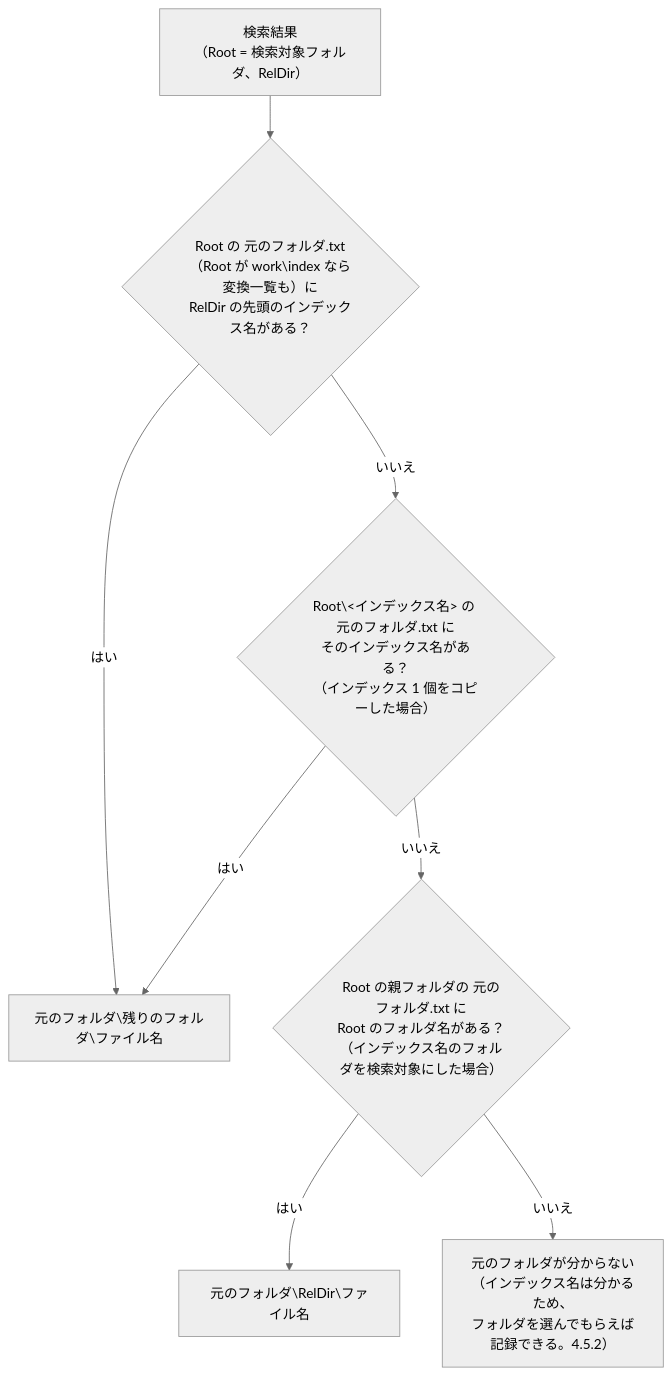
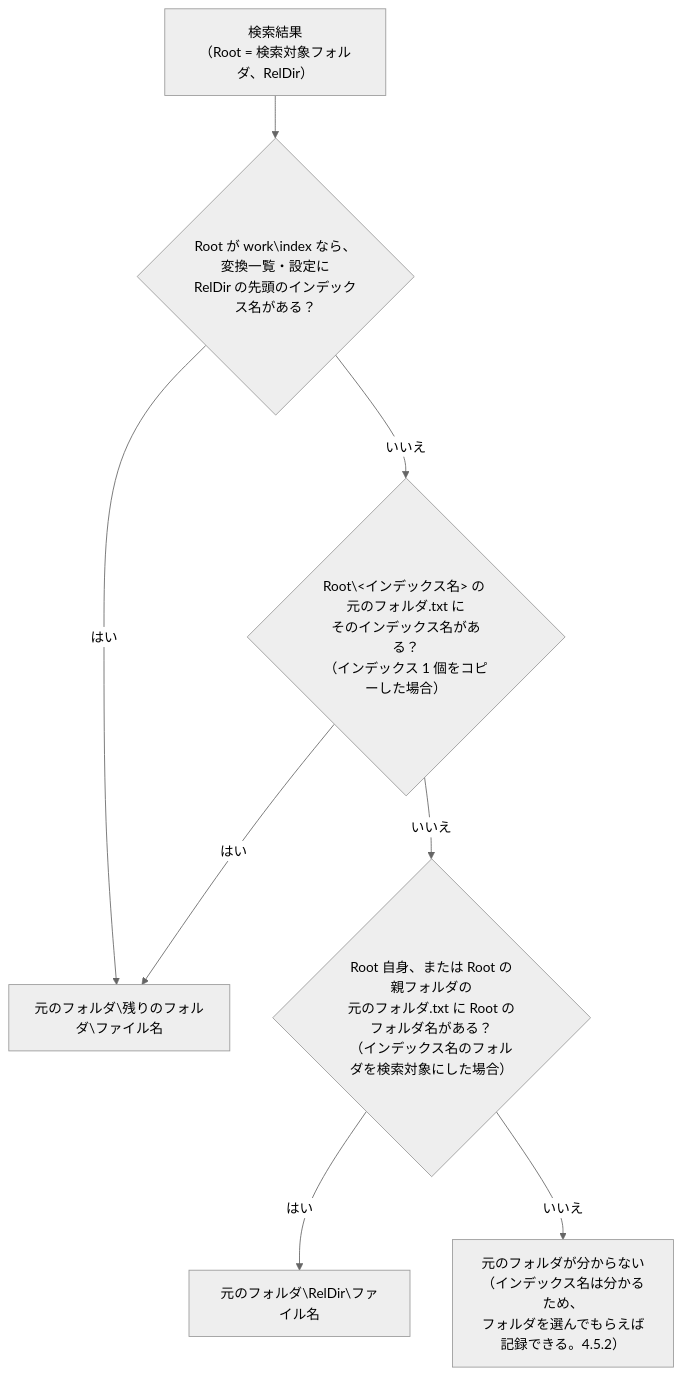
Before and after one commit to hsgwa/tebunko: the first of 2 diagrams in docs/03_画面_2_検索タブ_1_元のファイルを開く.md, drawn with Mermaid (neutral theme). The commit also changed other lines of this file and 10 other files, not shown here.

First line of the commit message:
書き出すファイルを減らす（元のフォルダ.txt の重複と、残る変換進捗.txt）

````diff
--- a/docs/03_画面_2_検索タブ_1_元のファイルを開く.md
+++ b/docs/03_画面_2_検索タブ_1_元のファイルを開く.md
@@ -48,10 +48,10 @@
 ```mermaid
 flowchart TD
-    A["検索結果<br>（Root = 検索対象フォルダ、RelDir）"] --> B{"Root の 元のフォルダ.txt<br>（Root が work\index なら変換一覧も）に<br>RelDir の先頭のインデックス名がある？"}
+    A["検索結果<br>（Root = 検索対象フォルダ、RelDir）"] --> B{"Root が work\index なら、変換一覧・設定に<br>RelDir の先頭のインデックス名がある？"}
     B -- はい --> K["元のフォルダ\残りのフォルダ\ファイル名"]
     B -- いいえ --> B2{"Root\#lt;インデックス名#gt; の 元のフォルダ.txt に<br>そのインデックス名がある？<br>（インデックス 1 個をコピーした場合）"}
     B2 -- はい --> K
-    B2 -- いいえ --> C{"Root の親フォルダの 元のフォルダ.txt に<br>Root のフォルダ名がある？<br>（インデックス名のフォルダを検索対象にした場合）"}
+    B2 -- いいえ --> C{"Root 自身、または Root の親フォルダの<br>元のフォルダ.txt に Root のフォルダ名がある？<br>（インデックス名のフォルダを検索対象にした場合）"}
     C -- はい --> K2["元のフォルダ\RelDir\ファイル名"]
     C -- いいえ --> U["元のフォルダが分からない<br>（インデックス名は分かるため、<br>フォルダを選んでもらえば記録できる。4.5.2）"]
 ```
````
